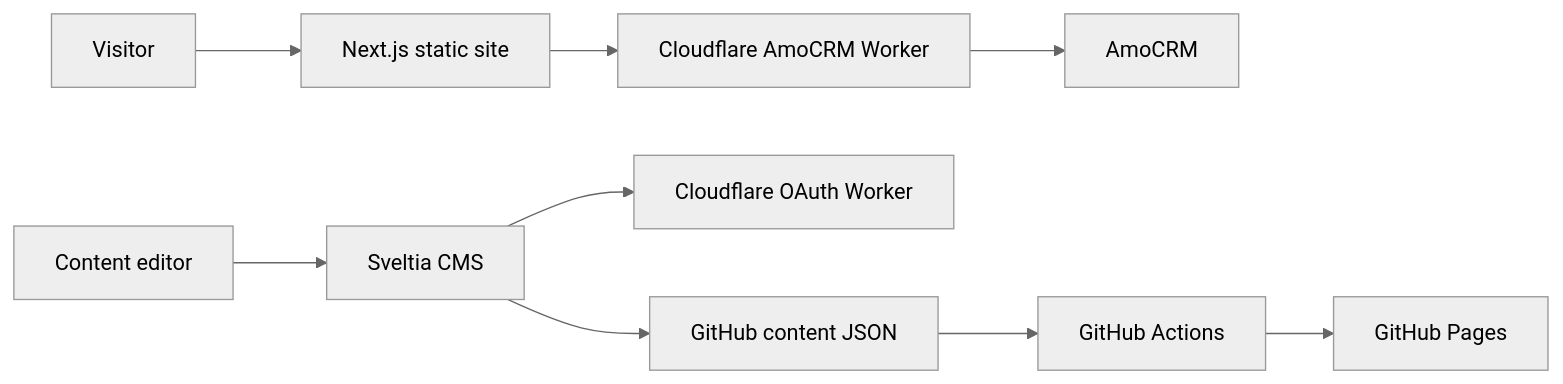
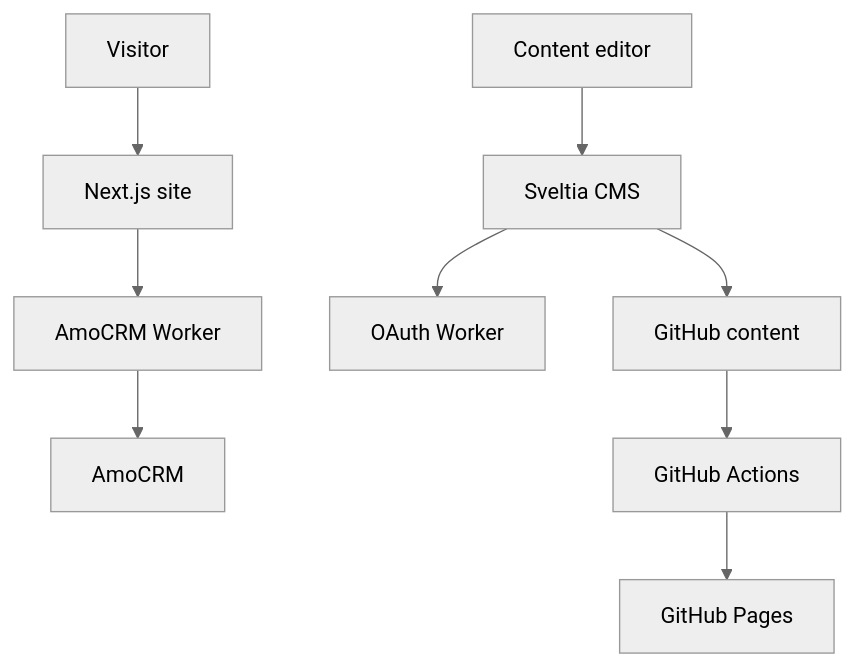
Before and after one commit to Kaliguri/Posleslovie: the diagram in README.md, drawn with Mermaid (neutral theme). The commit also changed other lines of this file, not shown here.

First line of the commit message:
docs: collapse README sections and compact architecture diagram

````diff
--- a/README.md
+++ b/README.md
@@ -28,12 +36,12 @@
 ```mermaid
-flowchart LR
-  User[Visitor] --> Site[Next.js static site]
-  Site --> AmoWorker[Cloudflare AmoCRM Worker]
+flowchart TD
+  User[Visitor] --> Site[Next.js site]
+  Site --> AmoWorker[AmoCRM Worker]
   AmoWorker --> AmoCRM[AmoCRM]
 
   Admin[Content editor] --> CMS[Sveltia CMS]
-  CMS --> OAuth[Cloudflare OAuth Worker]
-  CMS --> GitHub[GitHub content JSON]
+  CMS --> OAuth[OAuth Worker]
+  CMS --> GitHub[GitHub content]
   GitHub --> Actions[GitHub Actions]
   Actions --> Pages[GitHub Pages]
 ```
````
